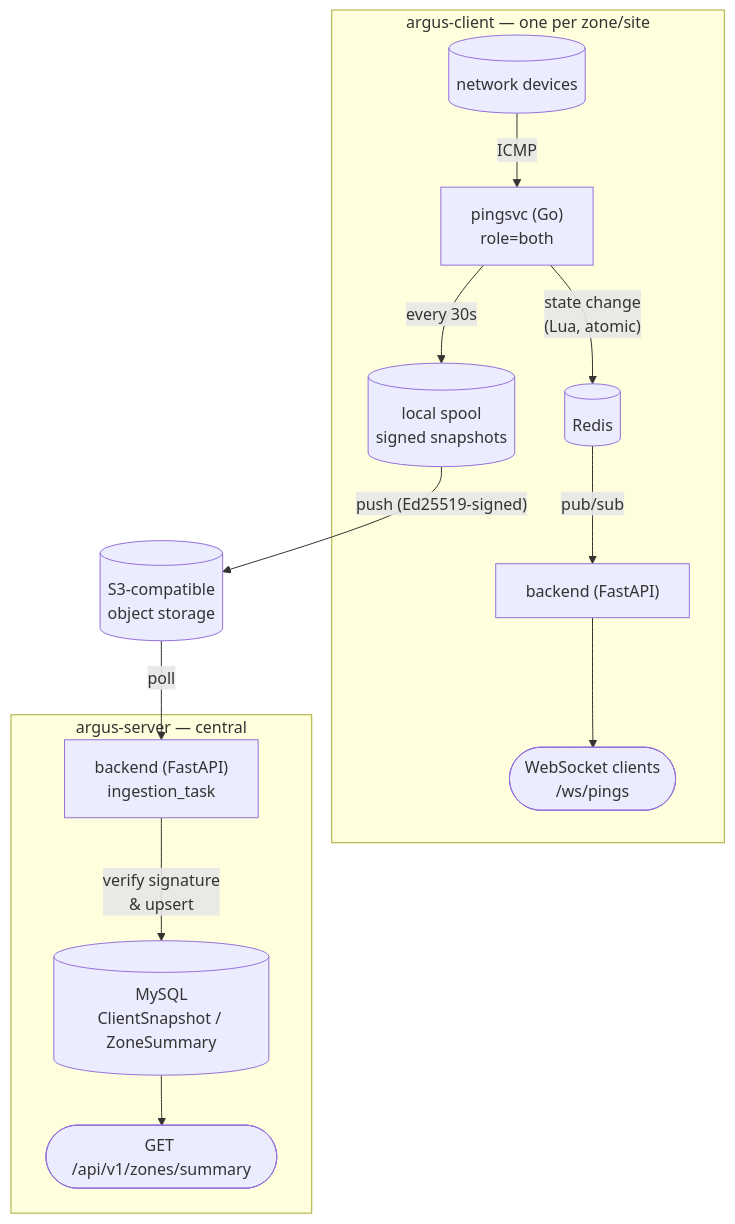
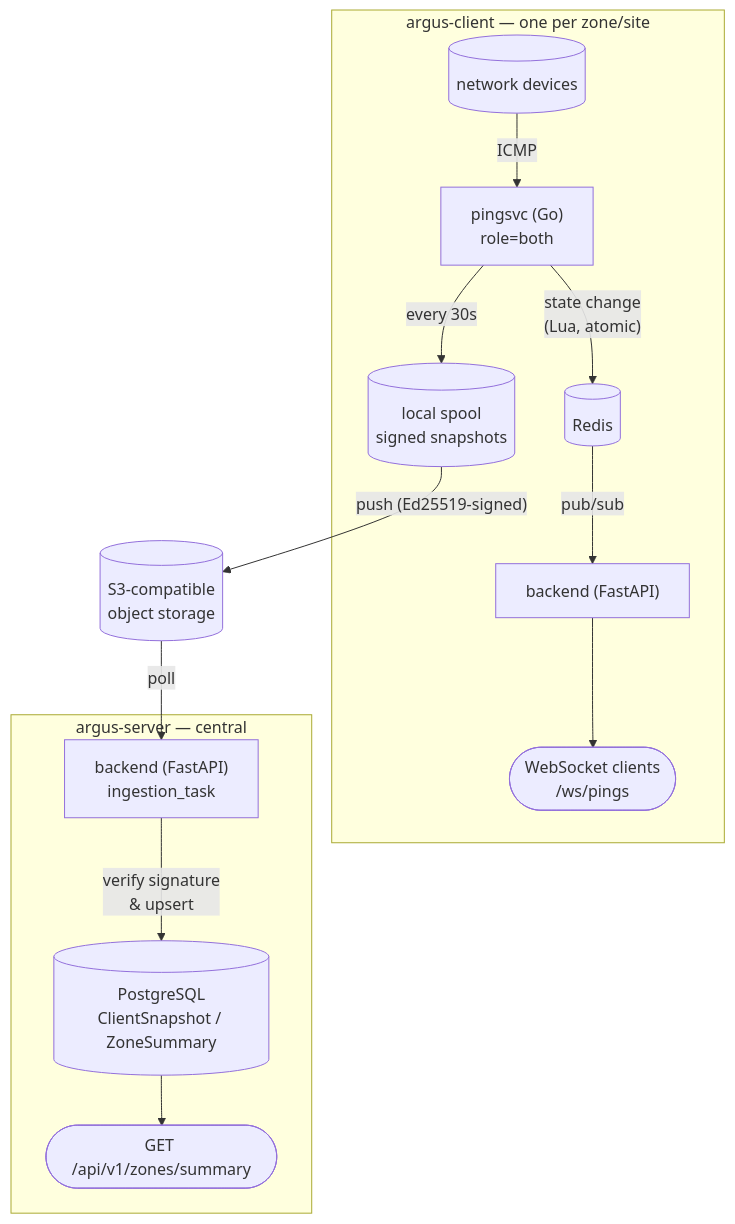
Before and after one commit to arvsa/argus: the diagram in README.md, drawn with Mermaid. The commit also changed other lines of this file and 25 other files, not shown here.

First line of the commit message:
Migrate database engine from MySQL back to PostgreSQL

````diff
--- a/README.md
+++ b/README.md
@@ -12,30 +12,30 @@
 ```mermaid
 flowchart TB
     subgraph Zone["argus-client — one per zone/site"]
         Devices[("network devices")]
         Pingsvc["pingsvc (Go)<br/>role=both"]
         ZRedis[("Redis")]
         ZBackend["backend (FastAPI)"]
         WS(["WebSocket clients<br/>/ws/pings"])
         Spool[("local spool<br/>signed snapshots")]
 
         Devices -- ICMP --> Pingsvc
         Pingsvc -- "state change<br/>(Lua, atomic)" --> ZRedis
         ZRedis -- "pub/sub" --> ZBackend
         ZBackend --> WS
         Pingsvc -- "every 30s" --> Spool
     end
 
     Spool -- "push (Ed25519-signed)" --> S3[("S3-compatible<br/>object storage")]
 
     subgraph Server["argus-server — central"]
         SBackend["backend (FastAPI)<br/>ingestion_task"]
-        SMySQL[("MySQL<br/>ClientSnapshot / ZoneSummary")]
+        SPostgres[("PostgreSQL<br/>ClientSnapshot / ZoneSummary")]
         API(["GET /api/v1/zones/summary"])
 
-        SBackend -- "verify signature<br/>& upsert" --> SMySQL
-        SMySQL --> API
+        SBackend -- "verify signature<br/>& upsert" --> SPostgres
+        SPostgres --> API
     end
 
     S3 -- "poll" --> SBackend
 ```
````
